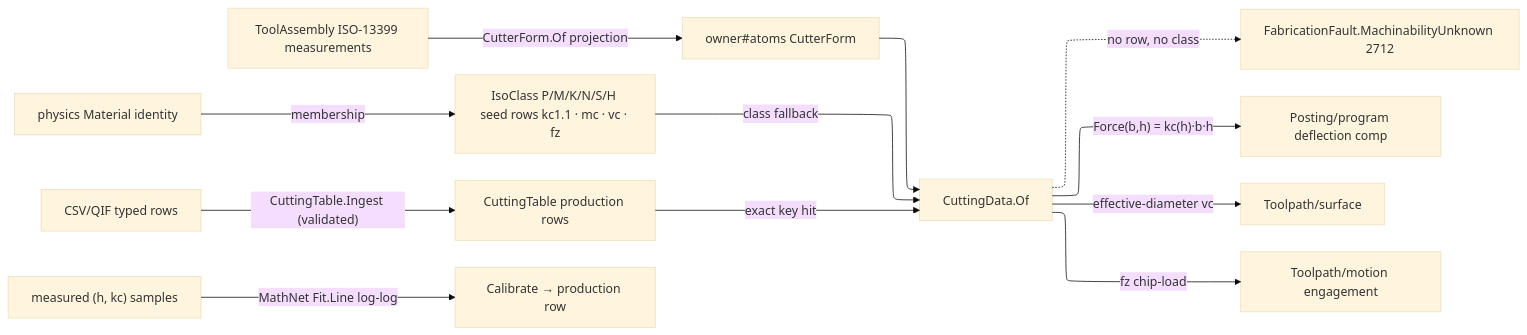
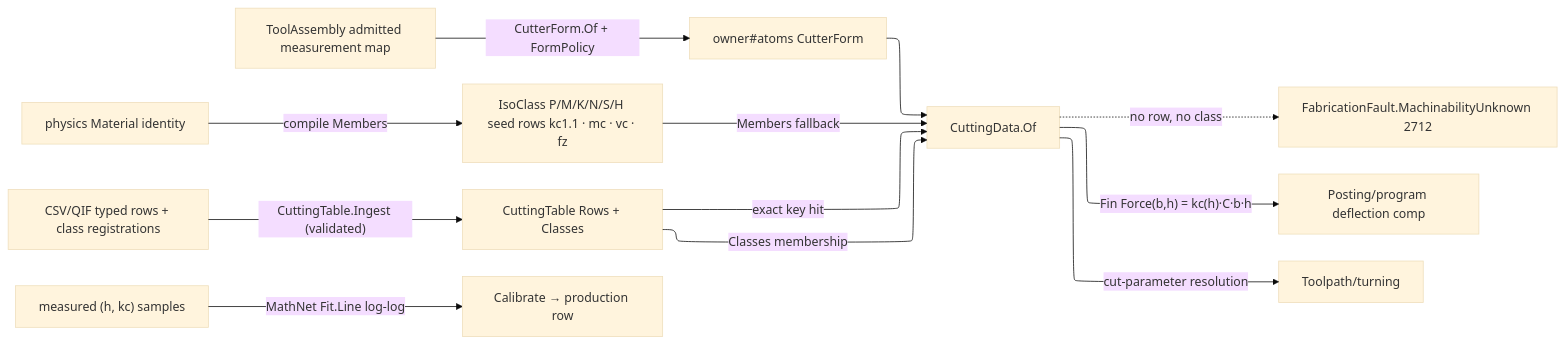
Before and after one commit to bsamiee/Rasm: the diagram in libs/csharp/Rasm.Fabrication/.planning/Tooling/cuttingdata.md, drawn with Mermaid. The commit also changed other lines of this file and 79 other files, not shown here.

````diff
--- a/libs/csharp/Rasm.Fabrication/.planning/Tooling/cuttingdata.md
+++ b/libs/csharp/Rasm.Fabrication/.planning/Tooling/cuttingdata.md
@@ -129,19 +150,19 @@
 ```mermaid
 ---
 config:
   layout: elk
   theme: base
 ---
 flowchart LR
-    Material["physics Material identity"] -->|membership| IsoClass["IsoClass P/M/K/N/S/H seed rows kc1.1 · mc · vc · fz"]
-    Ingress["CSV/QIF typed rows"] -->|"CuttingTable.Ingest (validated)"| Table["CuttingTable production rows"]
+    Material["physics Material identity"] -->|compile Members| IsoClass["IsoClass P/M/K/N/S/H seed rows kc1.1 · mc · vc · fz"]
+    Ingress["CSV/QIF typed rows + class registrations"] -->|"CuttingTable.Ingest (validated)"| Table["CuttingTable Rows + Classes"]
     Table -->|exact key hit| Of["CuttingData.Of"]
-    IsoClass -->|class fallback| Of
+    Table -->|Classes membership| Of
+    IsoClass -->|Members fallback| Of
     Of -.->|no row, no class| Unknown["FabricationFault.MachinabilityUnknown 2712"]
-    Assembly["ToolAssembly ISO-13399 measurements"] -->|"CutterForm.Of projection"| Form["owner#atoms CutterForm"]
+    Assembly["ToolAssembly admitted measurement map"] -->|"CutterForm.Of + FormPolicy"| Form["owner#atoms CutterForm"]
     Form --> Of
-    Of -->|"Force(b,h) = kc(h)·b·h"| Program["Posting/program deflection comp"]
-    Of -->|effective-diameter vc| Surface["Toolpath/surface"]
-    Of -->|fz chip-load| Motion["Toolpath/motion engagement"]
+    Of -->|"Fin Force(b,h) = kc(h)·C·b·h"| Program["Posting/program deflection comp"]
+    Of -->|cut-parameter resolution| Turning["Toolpath/turning"]
     Samples["measured (h, kc) samples"] -->|MathNet Fit.Line log-log| Calibrate["Calibrate → production row"]
 ```
````
